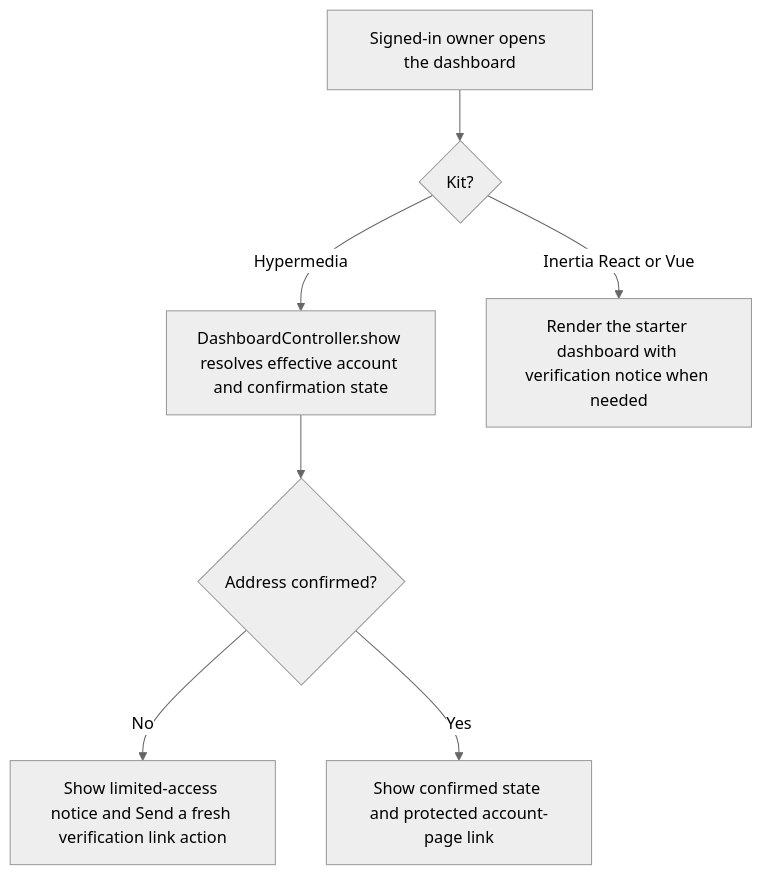
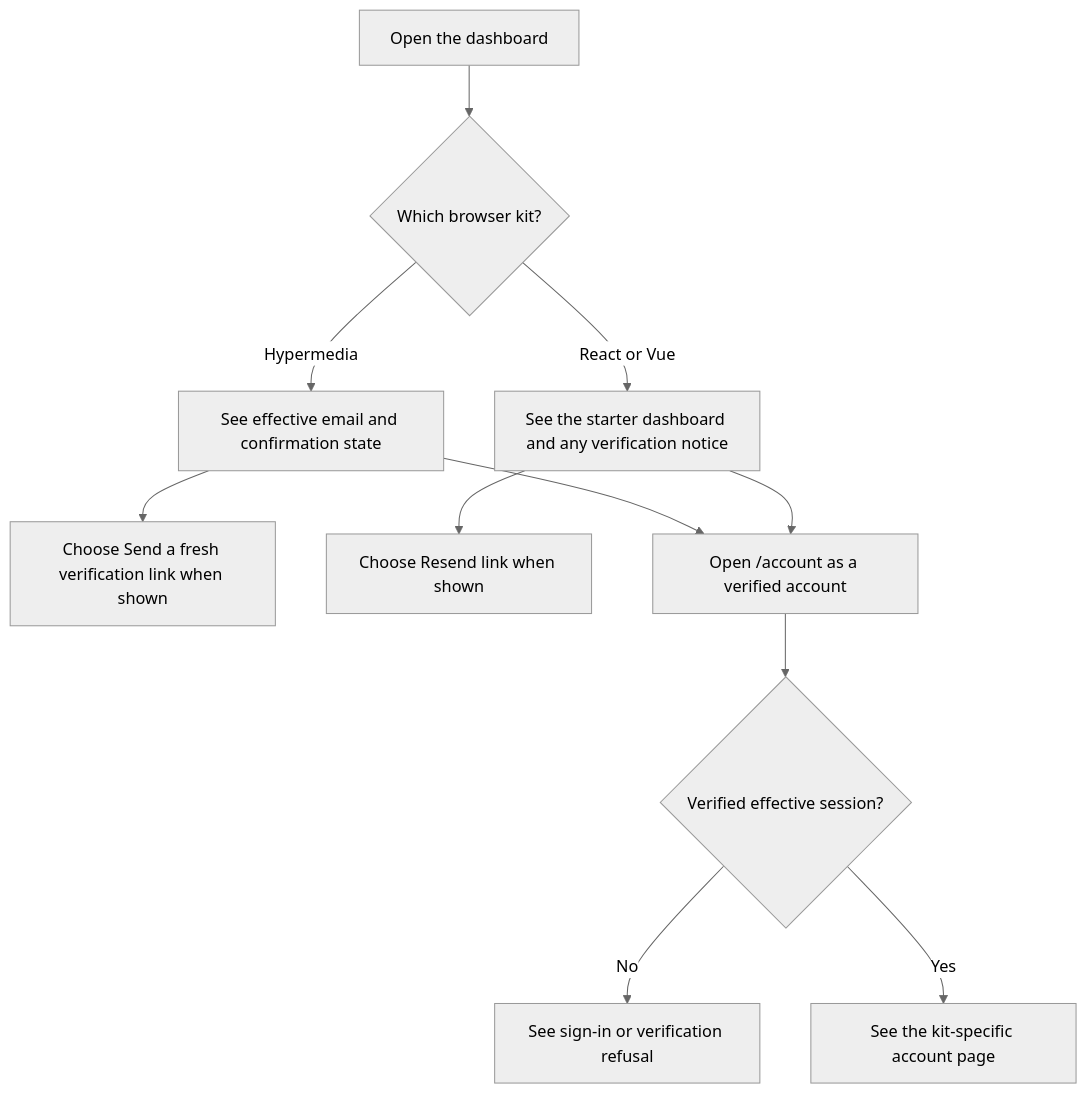
The first of 2 diagrams in user-stories/accounts/us-account-12-open-account-dashboard.md (Kevinjohn/oss-adonisjs-starter-examples), drawn with Mermaid (neutral theme) before and after one commit. The commit also changed other lines of this file and 29 other files, not shown here.

````diff
--- a/user-stories/accounts/us-account-12-open-account-dashboard.md
+++ b/user-stories/accounts/us-account-12-open-account-dashboard.md
@@ -22,9 +22,13 @@
 ```mermaid
 flowchart TD
-    A["Signed-in owner opens the dashboard"] --> B{"Kit?"}
-    B -->|Hypermedia| C["DashboardController.show resolves effective account and confirmation state"]
-    B -->|Inertia React or Vue| D["Render the starter dashboard with verification notice when needed"]
-    C --> E{"Address confirmed?"}
-    E -->|No| F["Show limited-access notice and Send a fresh verification link action"]
-    E -->|Yes| G["Show confirmed state and protected account-page link"]
+    A["Open the dashboard"] --> B{"Which browser kit?"}
+    B -->|Hypermedia| C["See effective email and confirmation state"]
+    B -->|React or Vue| D["See the starter dashboard and any verification notice"]
+    C --> E["Choose Send a fresh verification link when shown"]
+    D --> F["Choose Resend link when shown"]
+    C --> G["Open /account as a verified account"]
+    D --> G
+    G --> H{"Verified effective session?"}
+    H -->|No| I["See sign-in or verification refusal"]
+    H -->|Yes| J["See the kit-specific account page"]
 ```
````
